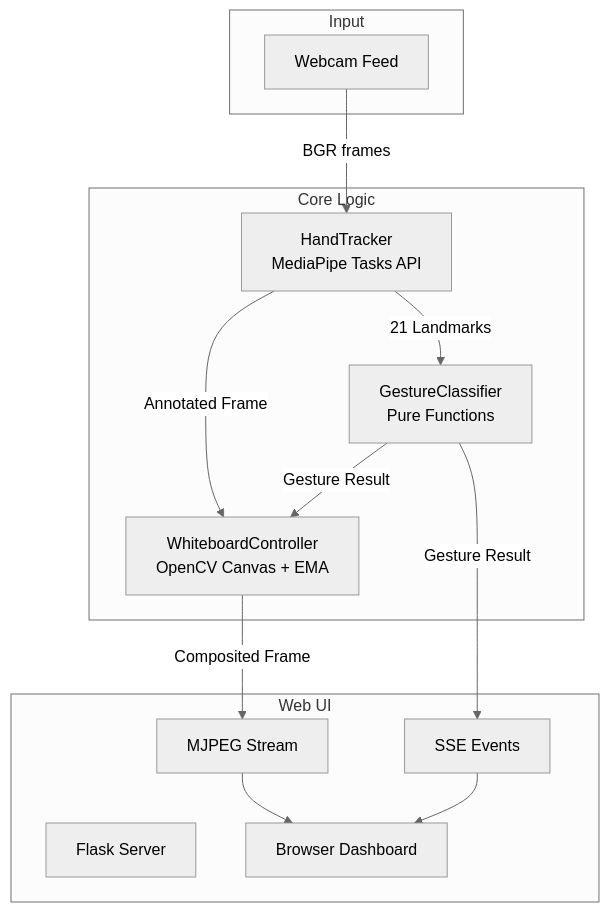
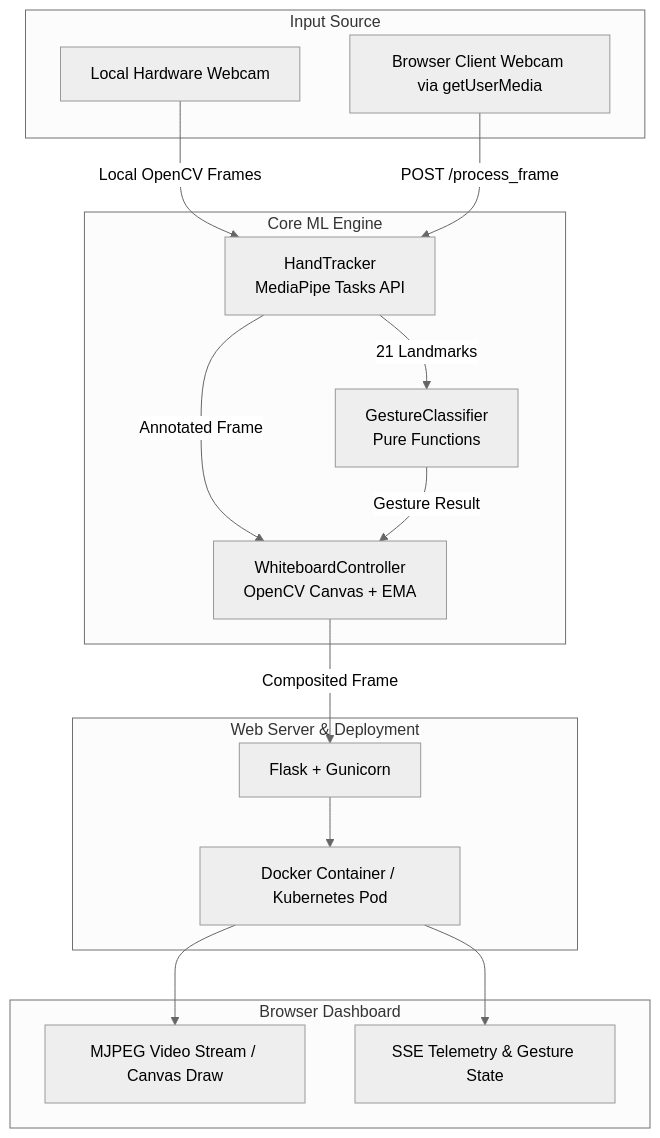
Before and after one commit to RoshanYd/Virtual-Board: the diagram in README.md, drawn with Mermaid (neutral theme). The commit also changed other lines of this file and 13 other files, not shown here.

Commit message:
feat: Add Docker containerization, Kubernetes manifests, dual camera mode, and free cloud deployment configs

````diff
--- a/README.md
+++ b/README.md
@@ -24,28 +29,33 @@
 ```mermaid
 graph TD
-    subgraph Input
-        A[Webcam Feed]
+    subgraph Input Source
+        A1[Local Hardware Webcam]
+        A2[Browser Client Webcam via getUserMedia]
     end
     
-    subgraph Core Logic
+    subgraph Core ML Engine
         B[HandTracker<br/>MediaPipe Tasks API]
         C[GestureClassifier<br/>Pure Functions]
         D[WhiteboardController<br/>OpenCV Canvas + EMA]
     end
     
-    subgraph Web UI
-        E[Flask Server]
-        F[MJPEG Stream]
-        G[SSE Events]
-        H[Browser Dashboard]
+    subgraph Web Server & Deployment
+        E[Flask + Gunicorn]
+        F[Docker Container / Kubernetes Pod]
     end
 
-    A -->|BGR frames| B
+    subgraph Browser Dashboard
+        G[MJPEG Video Stream / Canvas Draw]
+        H[SSE Telemetry & Gesture State]
+    end
+
+    A1 -->|Local OpenCV Frames| B
+    A2 -->|POST /process_frame| B
     B -->|21 Landmarks| C
     B -->|Annotated Frame| D
     C -->|Gesture Result| D
-    C -->|Gesture Result| G
-    D -->|Composited Frame| F
+    D -->|Composited Frame| E
+    E --> F
+    F --> G
     F --> H
-    G --> H
 ```
````
